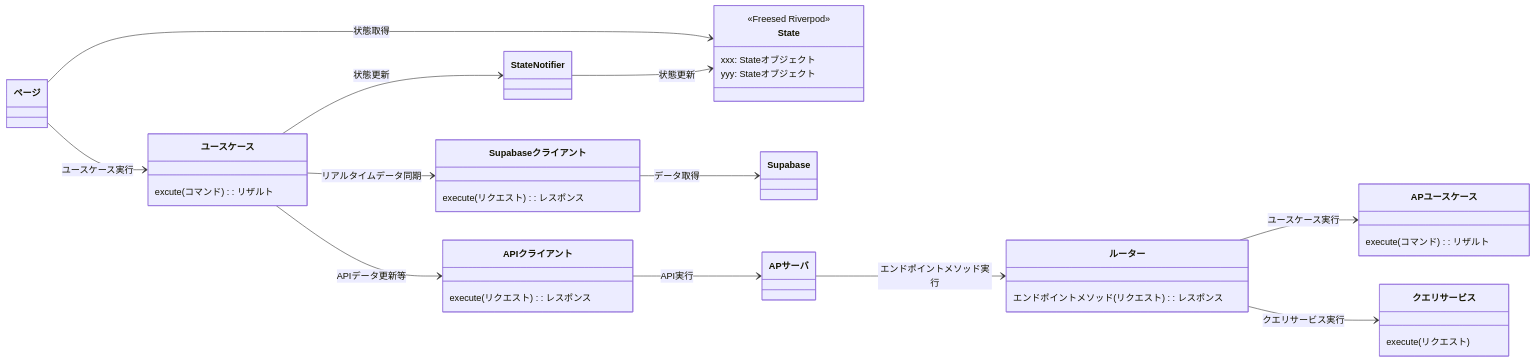
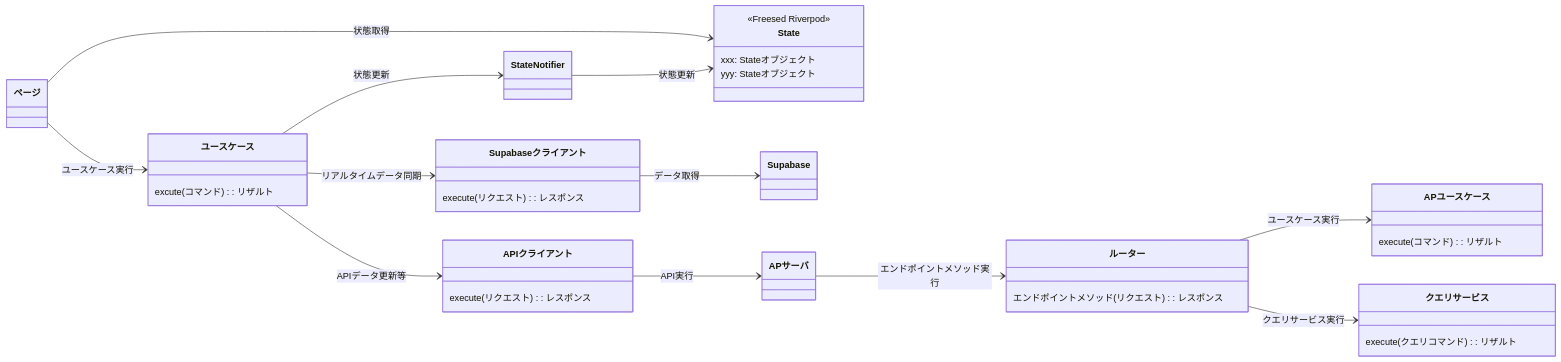
One commit to shuhei1101/allowance-questboard changed the diagram in docs/ja/index.md. Above: the diagram before and after it, drawn with Mermaid.

Commit message:
index.md を更新

````diff
--- a/docs/ja/index.md
+++ b/docs/ja/index.md
@@ -37,58 +37,58 @@
 ```mermaid
 classDiagram
 direction LR
 
 class State {
   <<Freesed Riverpod>>
   xxx: Stateオブジェクト
   yyy: Stateオブジェクト
 }
 class ページ
 class ユースケース {
   excute(コマンド): リザルト
 }
 
 class Supabaseクライアント {
   execute(リクエスト): レスポンス
 }
 
 class APIクライアント {
   execute(リクエスト): レスポンス
 }
 
 ページ --> ユースケース: ユースケース実行
 ページ --> State: 状態取得
 
 ユースケース --> StateNotifier: 状態更新
 ユースケース --> Supabaseクライアント: リアルタイムデータ同期
 ユースケース --> APIクライアント: APIデータ更新等
 
 StateNotifier --> State: 状態更新
 
 Supabaseクライアント --> Supabase: データ取得
 
 APIクライアント --> APサーバ: API実行
 
 class ルーター {
   エンドポイントメソッド(リクエスト): レスポンス
 }
 
 class APユースケース {
   execute(コマンド): リザルト
 }
 
 class クエリサービス {
-  execute(リクエスト)
+  execute(クエリコマンド): リザルト
 }
 
 
 APサーバ --> ルーター: エンドポイントメソッド実行
 
 ルーター --> APユースケース: ユースケース実行
 ルーター --> クエリサービス: クエリサービス実行
 
 
 
 
 
 ```
````
